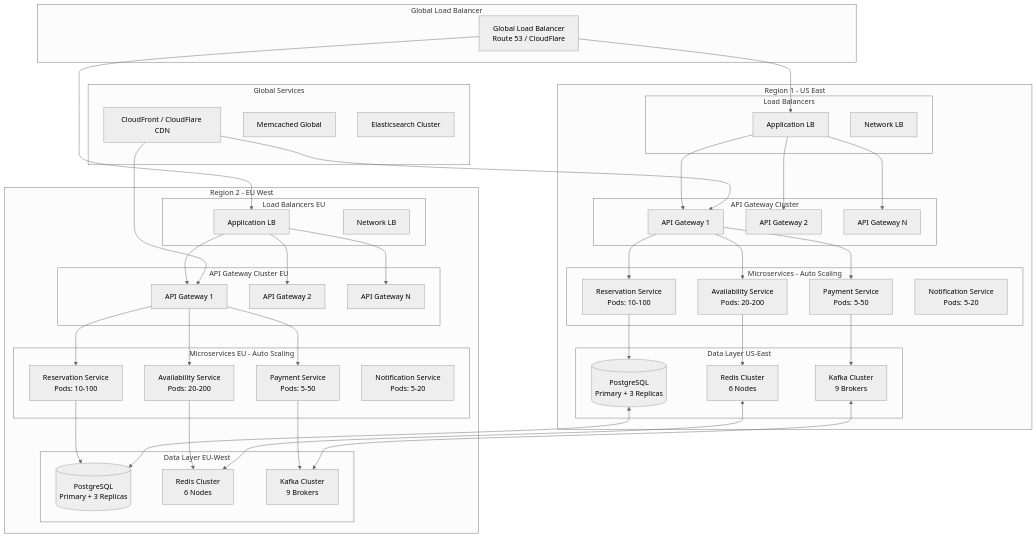
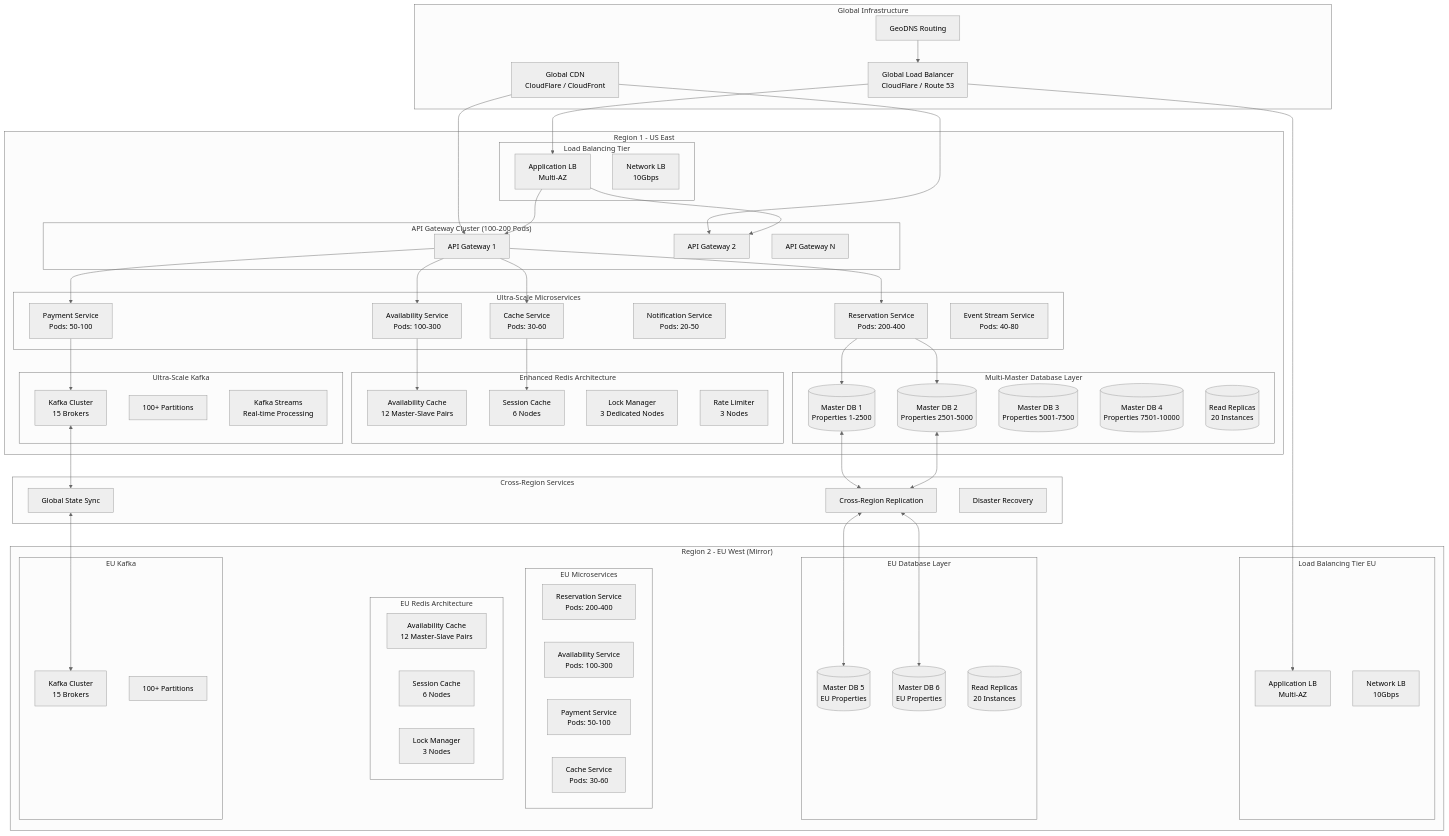
The fifth of 20 diagrams in docs/product-requirements-document.md (red2n/modern-reservation), drawn with Mermaid (neutral theme) before and after one commit. The commit also changed other lines of this file, not shown here.

````diff
--- a/docs/product-requirements-document.md
+++ b/docs/product-requirements-document.md
@@ -491,93 +771,115 @@
 ```mermaid
 graph TB
-    subgraph "Global Load Balancer"
-        GLB[Global Load Balancer<br/>Route 53 / CloudFlare]
+    subgraph "Global Infrastructure"
+        GLB[Global Load Balancer<br/>CloudFlare / Route 53]
+        CDN[Global CDN<br/>CloudFlare / CloudFront]
+        DNS[GeoDNS Routing]
     end
 
     subgraph "Region 1 - US East"
-        subgraph "Load Balancers"
-            ALB1[Application LB]
-            NLB1[Network LB]
+        subgraph "Load Balancing Tier"
+            ALB1[Application LB<br/>Multi-AZ]
+            NLB1[Network LB<br/>10Gbps]
         end
 
-        subgraph "API Gateway Cluster"
+        subgraph "API Gateway Cluster (100-200 Pods)"
             AG1[API Gateway 1]
             AG2[API Gateway 2]
             AG3[API Gateway N]
         end
 
-        subgraph "Microservices - Auto Scaling"
-            RS1[Reservation Service<br/>Pods: 10-100]
-            AS1[Availability Service<br/>Pods: 20-200]
-            PS1[Payment Service<br/>Pods: 5-50]
-            NS1[Notification Service<br/>Pods: 5-20]
+        subgraph "Ultra-Scale Microservices"
+            RS1[Reservation Service<br/>Pods: 200-400]
+            AS1[Availability Service<br/>Pods: 100-300]
+            PS1[Payment Service<br/>Pods: 50-100]
+            NS1[Notification Service<br/>Pods: 20-50]
+            CS1[Cache Service<br/>Pods: 30-60]
+            ES1[Event Stream Service<br/>Pods: 40-80]
         end
 
-        subgraph "Data Layer US-East"
-            PG1[(PostgreSQL<br/>Primary + 3 Replicas)]
-            R1[Redis Cluster<br/>6 Nodes]
-            K1[Kafka Cluster<br/>9 Brokers]
+        subgraph "Multi-Master Database Layer"
+            PG1[(Master DB 1<br/>Properties 1-2500)]
+            PG2[(Master DB 2<br/>Properties 2501-5000)]
+            PG3[(Master DB 3<br/>Properties 5001-7500)]
+            PG4[(Master DB 4<br/>Properties 7501-10000)]
+            RR1[(Read Replicas<br/>20 Instances)]
+        end
+
+        subgraph "Enhanced Redis Architecture"
+            RA1[Availability Cache<br/>12 Master-Slave Pairs]
+            RS1_Cache[Session Cache<br/>6 Nodes]
+            RL1[Lock Manager<br/>3 Dedicated Nodes]
+            RLM1[Rate Limiter<br/>3 Nodes]
+        end
+
+        subgraph "Ultra-Scale Kafka"
+            K1[Kafka Cluster<br/>15 Brokers]
+            KP1[100+ Partitions]
+            KS1[Kafka Streams<br/>Real-time Processing]
         end
     end
 
-    subgraph "Region 2 - EU West"
-        subgraph "Load Balancers EU"
-            ALB2[Application LB]
-            NLB2[Network LB]
+    subgraph "Region 2 - EU West (Mirror)"
+        subgraph "Load Balancing Tier EU"
+            ALB2[Application LB<br/>Multi-AZ]
+            NLB2[Network LB<br/>10Gbps]
         end
 
-        subgraph "API Gateway Cluster EU"
-            AG4[API Gateway 1]
-            AG5[API Gateway 2]
-            AG6[API Gateway N]
+        subgraph "EU Microservices"
+            RS2[Reservation Service<br/>Pods: 200-400]
+            AS2[Availability Service<br/>Pods: 100-300]
+            PS2[Payment Service<br/>Pods: 50-100]
+            CS2[Cache Service<br/>Pods: 30-60]
         end
 
-        subgraph "Microservices EU - Auto Scaling"
-            RS2[Reservation Service<br/>Pods: 10-100]
-            AS2[Availability Service<br/>Pods: 20-200]
-            PS2[Payment Service<br/>Pods: 5-50]
-            NS2[Notification Service<br/>Pods: 5-20]
+        subgraph "EU Database Layer"
+            PG5[(Master DB 5<br/>EU Properties)]
+            PG6[(Master DB 6<br/>EU Properties)]
+            RR2[(Read Replicas<br/>20 Instances)]
         end
 
-        subgraph "Data Layer EU-West"
-            PG2[(PostgreSQL<br/>Primary + 3 Replicas)]
-            R2[Redis Cluster<br/>6 Nodes]
-            K2[Kafka Cluster<br/>9 Brokers]
+        subgraph "EU Redis Architecture"
+            RA2[Availability Cache<br/>12 Master-Slave Pairs]
+            RS2_Cache[Session Cache<br/>6 Nodes]
+            RL2[Lock Manager<br/>3 Nodes]
+        end
+
+        subgraph "EU Kafka"
+            K2[Kafka Cluster<br/>15 Brokers]
+            KP2[100+ Partitions]
         end
     end
 
-    subgraph "Global Services"
-        CDN[CloudFront / CloudFlare CDN]
-        MC[Memcached Global]
-        ES[Elasticsearch Cluster]
+    subgraph "Cross-Region Services"
+        CR[Cross-Region Replication]
+        GS[Global State Sync]
+        DR[Disaster Recovery]
     end
 
     GLB --> ALB1
     GLB --> ALB2
+    DNS --> GLB
+    CDN --> AG1
+    CDN --> AG2
+
     ALB1 --> AG1
     ALB1 --> AG2
-    ALB1 --> AG3
     AG1 --> RS1
     AG1 --> AS1
     AG1 --> PS1
+    AG1 --> CS1
+
     RS1 --> PG1
-    AS1 --> R1
+    RS1 --> PG2
+    AS1 --> RA1
     PS1 --> K1
+    CS1 --> RS1_Cache
 
-    ALB2 --> AG4
-    ALB2 --> AG5
-    ALB2 --> AG6
-    AG4 --> RS2
-    AG4 --> AS2
-    AG4 --> PS2
-    RS2 --> PG2
-    AS2 --> R2
-    PS2 --> K2
+    PG1 <--> CR
+    PG2 <--> CR
+    CR <--> PG5
+    CR <--> PG6
 
-    PG1 <--> PG2
-    R1 <--> R2
-    K1 <--> K2
-
-    CDN --> AG1
-    CDN --> AG4
+    K1 <--> GS
+    GS <--> K2
 ```
````
